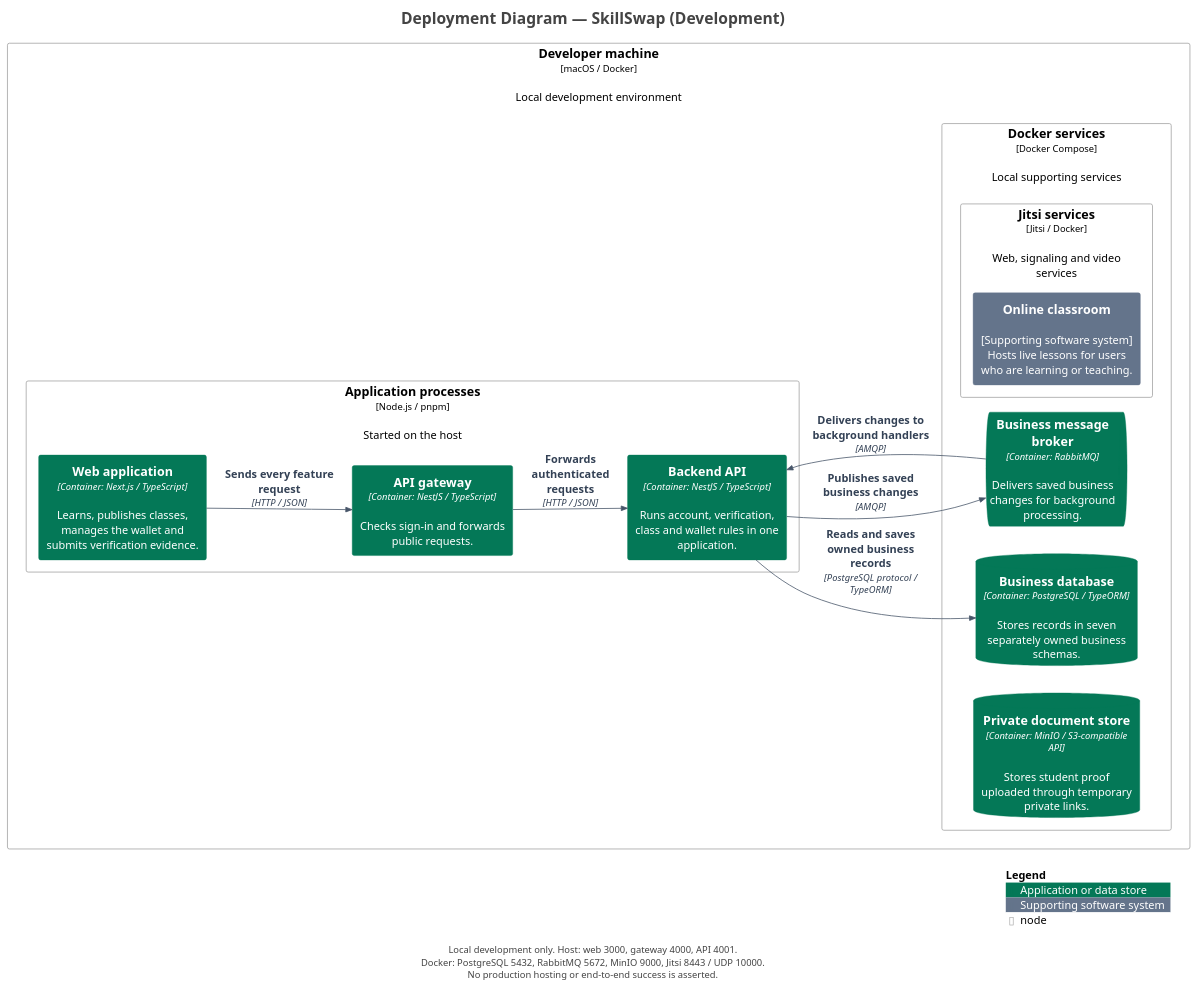
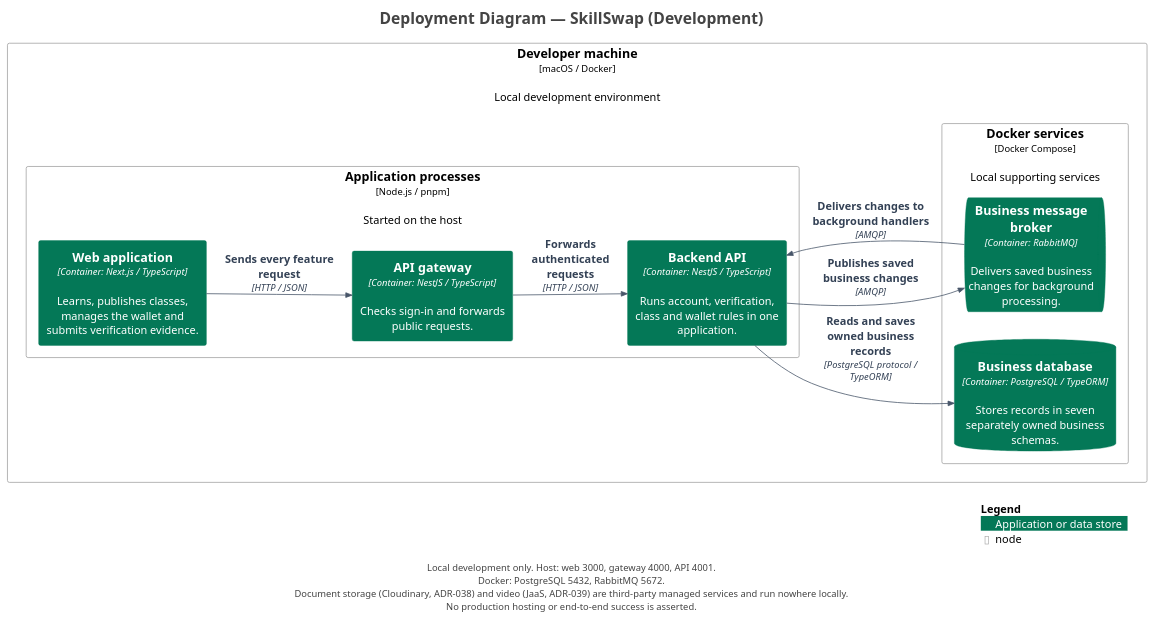
Before and after one commit to trankien022/SkillSwap: the diagram in docs/diagrams/c4/source/structurizr-Deployment.puml, drawn with PlantUML. The commit also changed 87 other files, not shown here.

```diff
--- a/docs/diagrams/c4/source/structurizr-Deployment.puml
+++ b/docs/diagrams/c4/source/structurizr-Deployment.puml
@@ -1,60 +1,55 @@
 @startuml
 title Deployment Diagram — SkillSwap (Development)
 
 set separator none
 left to right direction
 
 <style>
   root {
     BackgroundColor: #ffffff
     FontColor: #444444
   }
 </style>
 
 !include <C4/C4>
 !include <C4/C4_Context>
 !include <C4/C4_Container>
 !include <C4/C4_Deployment>
 
 ' Presentation only: model elements and relationships come from workspace.dsl.
 skinparam defaultFontName Arial
 skinparam defaultFontSize 14
 skinparam shadowing false
 skinparam nodesep 35
 skinparam ranksep 45
 skinparam footerFontSize 12
 skinparam titleFontSize 20
 UpdateElementStyle("person", $bgColor="#0F172A", $fontColor="#FFFFFF", $borderColor="#0F172A", $legendText="Person")
 UpdateElementStyle("system", $bgColor="#047857", $fontColor="#FFFFFF", $borderColor="#047857", $legendText="Software system in scope")
 UpdateElementStyle("external_system", $bgColor="#64748B", $fontColor="#FFFFFF", $borderColor="#64748B", $legendText="Supporting software system")
 UpdateElementStyle("container", $bgColor="#047857", $fontColor="#FFFFFF", $borderColor="#047857", $legendText="Application or data store")
 UpdateRelStyle($lineColor="#475569", $textColor="#334155")
 
 Deployment_Node(Development.Developermachine, "Developer machine", $type="macOS / Docker", $descr="Local development environment", $tags="", $link="") {
   Deployment_Node(Development.Developermachine.Applicationprocesses, "Application processes", $type="Node.js / pnpm", $descr="Started on the host", $tags="", $link="") {
     Container(Development.Developermachine.Applicationprocesses.Webapplication_1, "Web application", $techn="Container: Next.js / TypeScript", $descr="Learns, publishes classes, manages the wallet and submits verification evidence.", $tags="", $link="")
     Container(Development.Developermachine.Applicationprocesses.APIgateway_1, "API gateway", $techn="Container: NestJS / TypeScript", $descr="Checks sign-in and forwards public requests.", $tags="", $link="")
     Container(Development.Developermachine.Applicationprocesses.BackendAPI_1, "Backend API", $techn="Container: NestJS / TypeScript", $descr="Runs account, verification, class and wallet rules in one application.", $tags="", $link="")
   }
 
   Deployment_Node(Development.Developermachine.Dockerservices, "Docker services", $type="Docker Compose", $descr="Local supporting services", $tags="", $link="") {
     ContainerDb(Development.Developermachine.Dockerservices.Businessdatabase_1, "Business database", $techn="Container: PostgreSQL / TypeORM", $descr="Stores records in seven separately owned business schemas.", $tags="", $link="")
     ContainerQueue(Development.Developermachine.Dockerservices.Businessmessagebroker_1, "Business message broker", $techn="Container: RabbitMQ", $descr="Delivers saved business changes for background processing.", $tags="", $link="")
-    ContainerDb(Development.Developermachine.Dockerservices.Privatedocumentstore_1, "Private document store", $techn="Container: MinIO / S3-compatible API", $descr="Stores student proof uploaded through temporary private links.", $tags="", $link="")
-    Deployment_Node(Development.Developermachine.Dockerservices.Jitsiservices, "Jitsi services", $type="Jitsi / Docker", $descr="Web, signaling and video services", $tags="", $link="") {
-      System_Ext(Development.Developermachine.Dockerservices.Jitsiservices.Onlineclassroom_1, "Online classroom", $descr="[Supporting software system]\nHosts live lessons for users who are learning or teaching.", $tags="", $link="")
-    }
-
   }
 
 }
 
 Rel(Development.Developermachine.Applicationprocesses.Webapplication_1, Development.Developermachine.Applicationprocesses.APIgateway_1, "Sends every feature request", $techn="HTTP / JSON", $tags="", $link="")
 Rel(Development.Developermachine.Applicationprocesses.APIgateway_1, Development.Developermachine.Applicationprocesses.BackendAPI_1, "Forwards authenticated requests", $techn="HTTP / JSON", $tags="", $link="")
 Rel(Development.Developermachine.Applicationprocesses.BackendAPI_1, Development.Developermachine.Dockerservices.Businessdatabase_1, "Reads and saves owned business records", $techn="PostgreSQL protocol / TypeORM", $tags="", $link="")
 Rel(Development.Developermachine.Dockerservices.Businessmessagebroker_1, Development.Developermachine.Applicationprocesses.BackendAPI_1, "Delivers changes to background handlers", $techn="AMQP", $tags="", $link="")
 Rel(Development.Developermachine.Applicationprocesses.BackendAPI_1, Development.Developermachine.Dockerservices.Businessmessagebroker_1, "Publishes saved business changes", $techn="AMQP", $tags="", $link="")
 
 SHOW_LEGEND()
-footer Local development only. Host: web 3000, gateway 4000, API 4001.\nDocker: PostgreSQL 5432, RabbitMQ 5672, MinIO 9000, Jitsi 8443 / UDP 10000.\nNo production hosting or end-to-end success is asserted.
+footer Local development only. Host: web 3000, gateway 4000, API 4001.\nDocker: PostgreSQL 5432, RabbitMQ 5672.\nDocument storage (Cloudinary, ADR-038) and video (JaaS, ADR-039) are third-party managed services and run nowhere locally.\nNo production hosting or end-to-end success is asserted.
 @enduml
```
